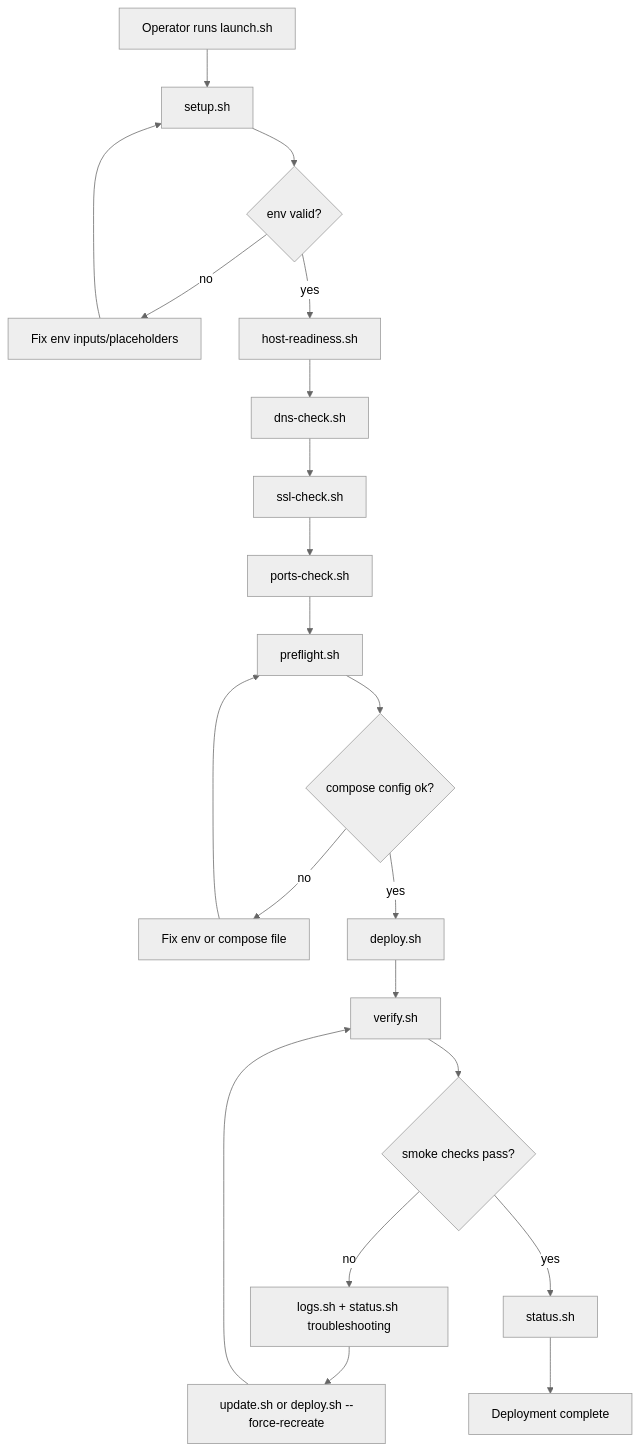
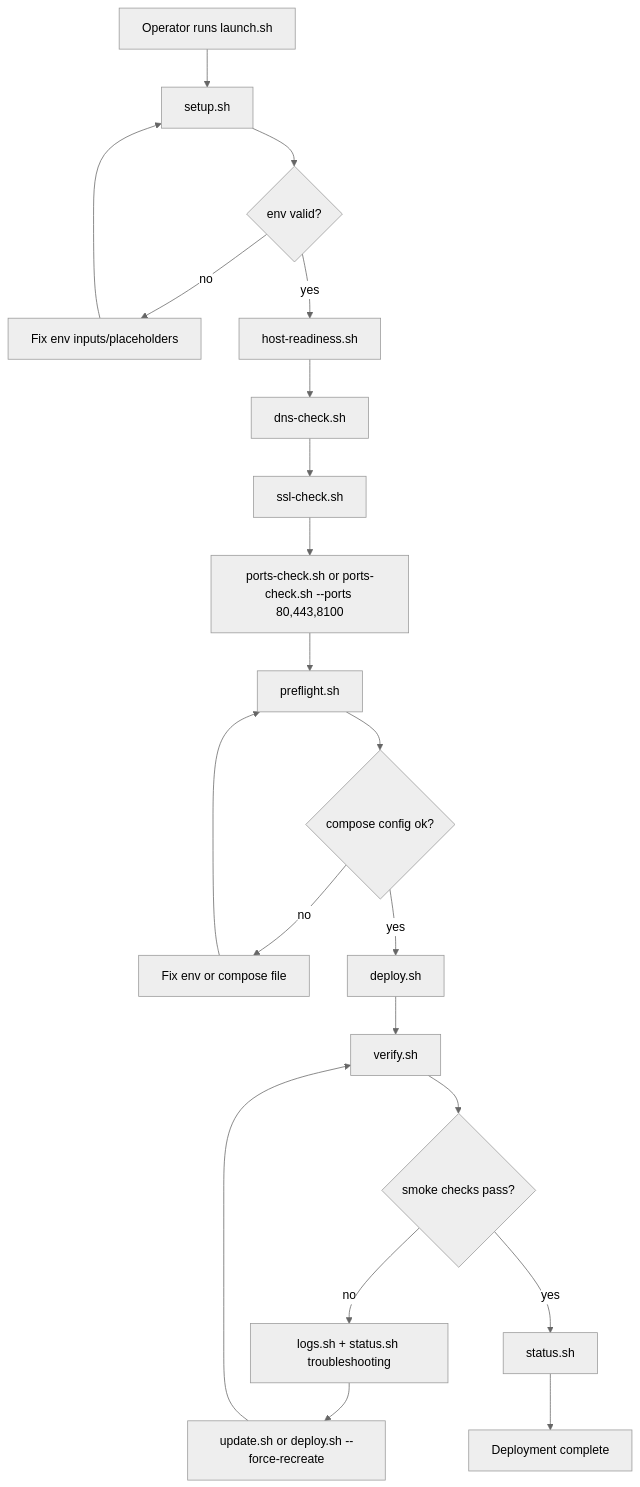
One commit to AmanVatsSharma/MailZen-Smart-Email-Management changed the first of 3 diagrams in deploy/ec2/FLOW.md. Above: the diagram before and after it, drawn with Mermaid (neutral theme). The commit also changed other lines of this file, not shown here.

Commit message:
refresh deployment flowchart for custom runtime ports checks

````diff
--- a/deploy/ec2/FLOW.md
+++ b/deploy/ec2/FLOW.md
@@ -8,23 +8,23 @@
 ```mermaid
 flowchart TD
   Start[Operator runs launch.sh] --> Setup[setup.sh]
   Setup --> EnvOK{env valid?}
   EnvOK -- no --> FixEnv[Fix env inputs/placeholders]
   FixEnv --> Setup
   EnvOK -- yes --> HostReady[host-readiness.sh]
   HostReady --> DnsCheck[dns-check.sh]
   DnsCheck --> SslCheck[ssl-check.sh]
-  SslCheck --> PortsCheck[ports-check.sh]
+  SslCheck --> PortsCheck[ports-check.sh or ports-check.sh --ports 80,443,8100]
   PortsCheck --> Preflight[preflight.sh]
   Preflight --> ComposeConfig{compose config ok?}
   ComposeConfig -- no --> FixConfig[Fix env or compose file]
   FixConfig --> Preflight
   ComposeConfig -- yes --> Deploy[deploy.sh]
   Deploy --> Verify[verify.sh]
   Verify --> VerifyOK{smoke checks pass?}
   VerifyOK -- no --> Logs[logs.sh + status.sh troubleshooting]
   Logs --> FixAndRedeploy[update.sh or deploy.sh --force-recreate]
   FixAndRedeploy --> Verify
   VerifyOK -- yes --> Status[status.sh]
   Status --> Done[Deployment complete]
 ```
````
